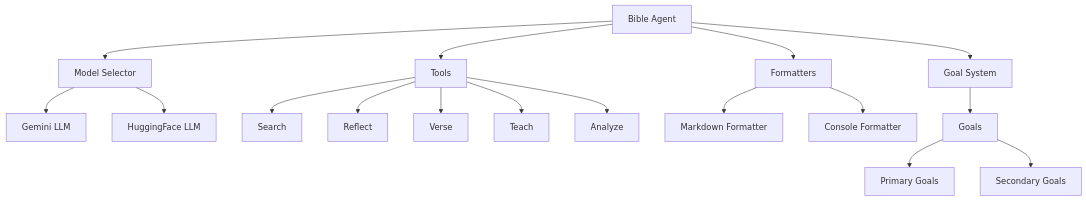
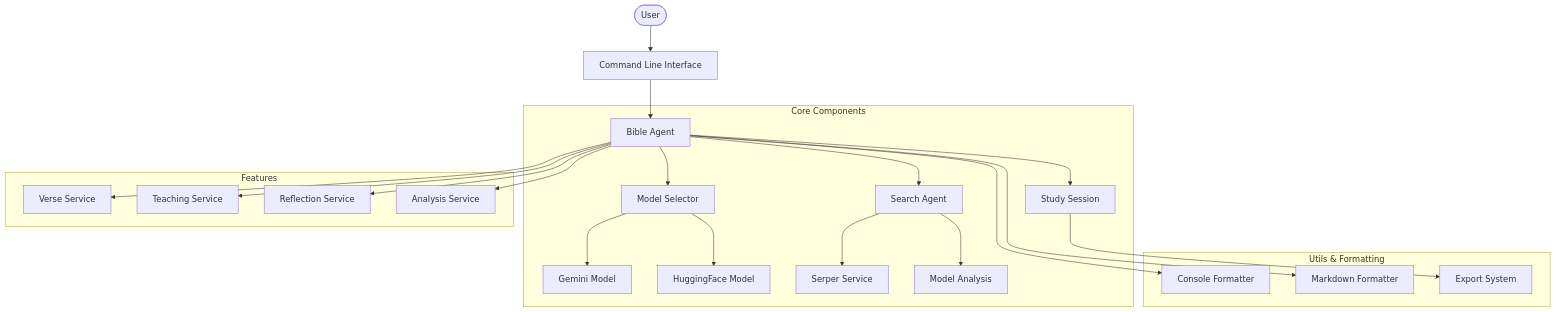
One commit to ashioyajotham/bible changed the diagram in README.md. Above: the diagram before and after it, drawn with Mermaid. The commit also changed other lines of this file and 1 other file, not shown here.

````diff
--- a/README.md
+++ b/README.md
@@ -7,23 +18,30 @@
 ```mermaid
-graph TD
-    A[Bible Agent] --> B[Model Selector]
-    A --> C[Goal System]
-    A --> D[Tools]
-    A --> E[Formatters]
+graph TB
+    User([User]) --> CLI[Command Line Interface]
+    CLI --> BA[Bible Agent]
     
-    B --> F[Gemini LLM]
-    B --> G[HuggingFace LLM]
+    subgraph "Core Components"
+        BA --> MS[Model Selector]
+        BA --> SA[Search Agent]
+        BA --> SS[Study Session]
+        
+        MS --> GM[Gemini Model]
+        MS --> HF[HuggingFace Model]
+        
+        SA --> SP[Serper Service]
+        SA --> MA[Model Analysis]
+    end
     
-    D --> H[Search]
-    D --> I[Reflect]
-    D --> J[Verse]
-    D --> K[Teach]
-    D --> L[Analyze]
+    subgraph "Features"
+        BA --> VS[Verse Service]
+        BA --> TS[Teaching Service]
+        BA --> RS[Reflection Service]
+        BA --> AS[Analysis Service]
+    end
     
-    E --> M[Markdown Formatter]
-    E --> N[Console Formatter]
-    
-    C --> O[Goals]
-    O --> P[Primary Goals]
-    O --> Q[Secondary Goals]
+    subgraph "Utils & Formatting"
+        BA --> CF[Console Formatter]
+        BA --> MF[Markdown Formatter]
+        SS --> EX[Export System]
+    end
 ```
````
